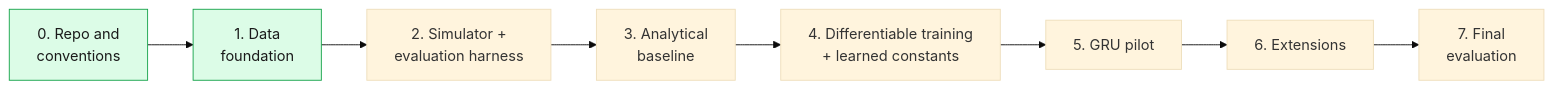
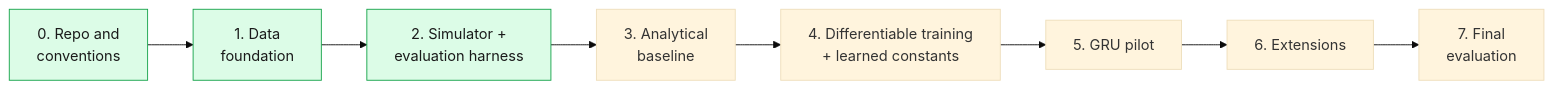
Before and after one commit to JustMohsen/learning-assisted-state-estimation: the second of 2 diagrams in README.md, drawn with Mermaid (base theme). The commit also changed other lines of this file and 2 other files, not shown here.

Commit message:
Complete Phase 2: report and summary

````diff
--- a/README.md
+++ b/README.md
@@ -45,13 +45,13 @@
 ```mermaid
 flowchart LR
     P0["0. Repo and<br/>conventions"] --> P1["1. Data<br/>foundation"]
     P1 --> P2["2. Simulator +<br/>evaluation harness"]
     P2 --> P3["3. Analytical<br/>baseline"]
     P3 --> P4["4. Differentiable training<br/>+ learned constants"]
     P4 --> P5["5. GRU pilot"]
     P5 --> P6["6. Extensions"]
     P6 --> P7["7. Final<br/>evaluation"]
 
     classDef done fill:#dcfce7,stroke:#16a34a,color:#1a1a1a
-    class P0,P1 done
+    class P0,P1,P2 done
 ```
````
